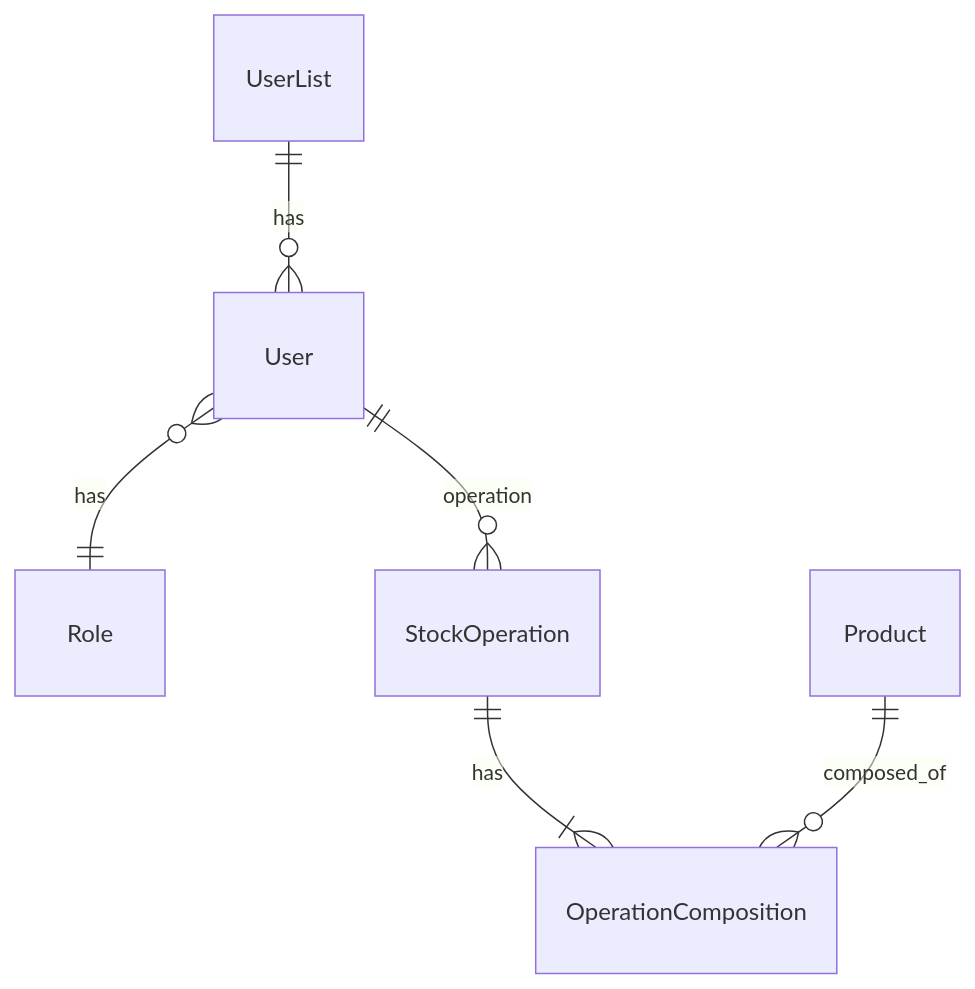
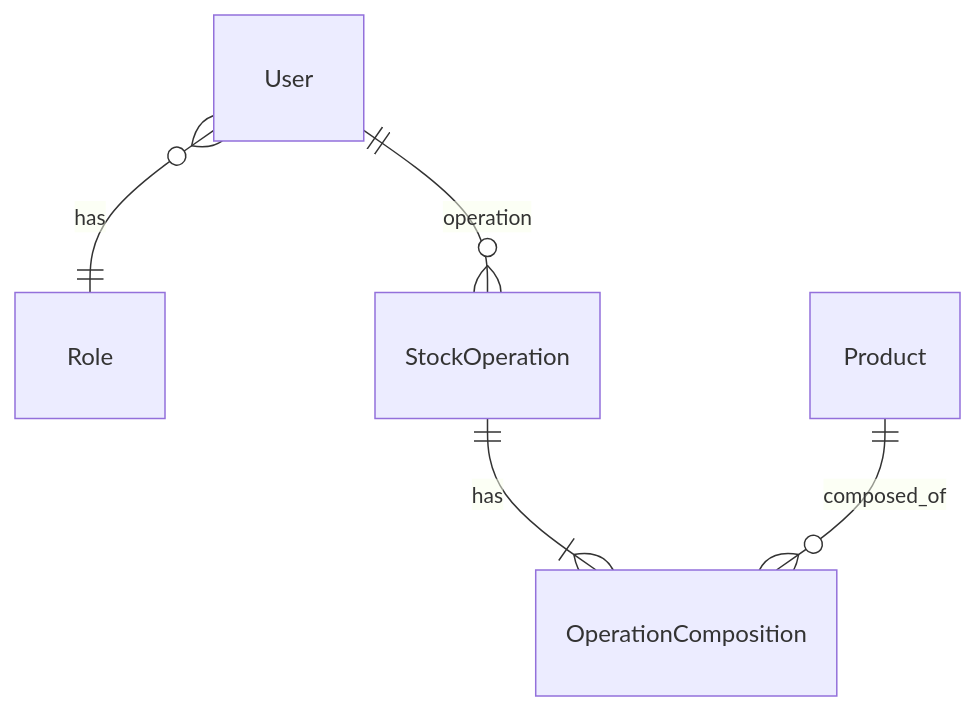
One commit to PortnovAlex80/node_js_pro changed the third of 7 diagrams in README.md. Above: the diagram before and after it, drawn with Mermaid. The commit also changed other lines of this file, not shown here.

````diff
--- a/README.md
+++ b/README.md
@@ -477,9 +482,9 @@
 ```mermaid
 erDiagram
-    UserList ||--o{ User : has
+
     User }o--|| Role : has 
 
     User ||--o{ StockOperation : operation
     StockOperation ||--|{ OperationComposition : has
 	Product ||--o{ OperationComposition : composed_of
 ```
````
